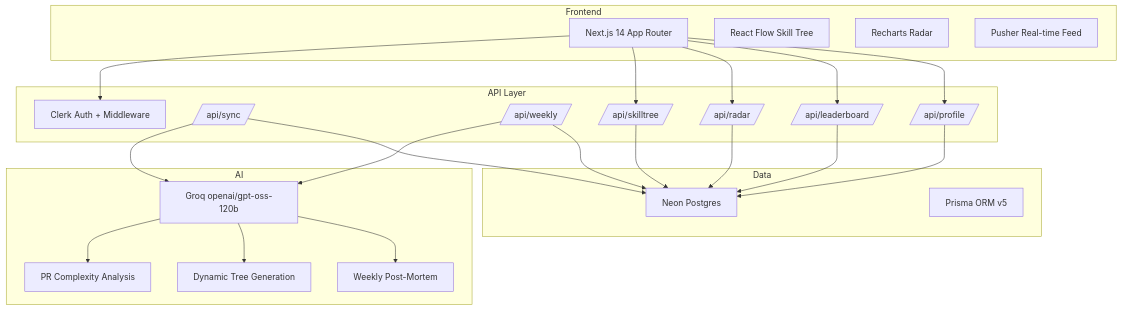
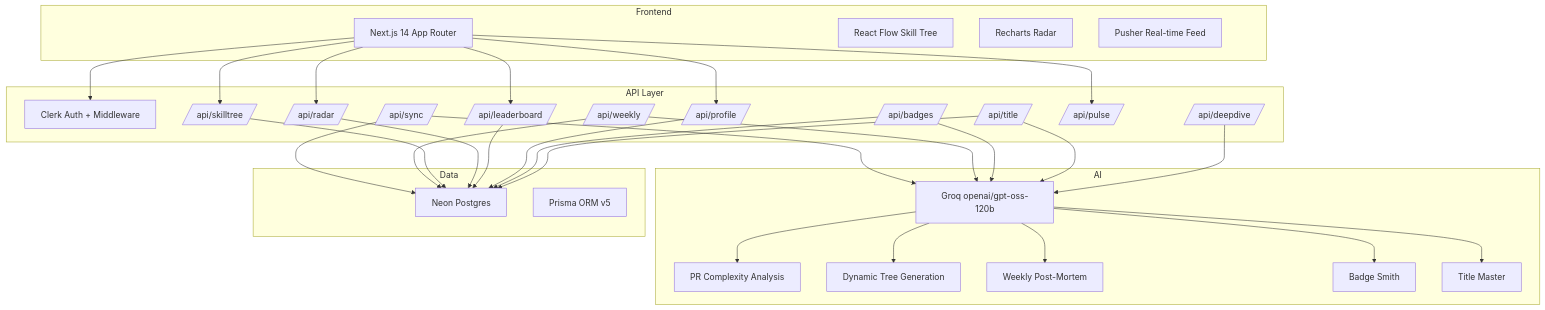
The first of 2 diagrams in README.md (x-TheFox/Systemic), drawn with Mermaid before and after one commit. The commit also changed other lines of this file and 5 other files, not shown here.

````diff
--- a/README.md
+++ b/README.md
@@ -62,48 +95,62 @@
 ```mermaid
 graph TB
     subgraph "Frontend"
         A[Next.js 14 App Router]
         B[React Flow Skill Tree]
         C[Recharts Radar]
         D[Pusher Real-time Feed]
     end
 
     subgraph "API Layer"
         E[Clerk Auth + Middleware]
         F[/api/sync/]
         G[/api/weekly/]
         H[/api/skilltree/]
         I[/api/radar/]
         J[/api/leaderboard/]
         K[/api/profile/]
+        L[/api/badges/]
+        M[/api/title/]
+        N[/api/pulse/]
+        O[/api/deepdive/]
     end
 
     subgraph "AI"
-        L[Groq openai/gpt-oss-120b]
-        M[PR Complexity Analysis]
-        N[Dynamic Tree Generation]
-        O[Weekly Post-Mortem]
+        P[Groq openai/gpt-oss-120b]
+        Q[PR Complexity Analysis]
+        R[Dynamic Tree Generation]
+        S[Weekly Post-Mortem]
+        T[Badge Smith]
+        U[Title Master]
     end
 
     subgraph "Data"
-        P[Neon Postgres]
-        Q[Prisma ORM v5]
+        V[Neon Postgres]
+        W[Prisma ORM v5]
     end
 
     A --> E
     A --> H
     A --> I
     A --> J
     A --> K
-    F --> L
+    A --> N
     F --> P
-    G --> L
+    F --> V
     G --> P
-    H --> P
-    I --> P
-    J --> P
-    K --> P
-    L --> M
-    L --> N
-    L --> O
+    G --> V
+    H --> V
+    I --> V
+    J --> V
+    K --> V
+    L --> P
+    L --> V
+    M --> P
+    M --> V
+    O --> P
+    P --> Q
+    P --> R
+    P --> S
+    P --> T
+    P --> U
 ```
````
